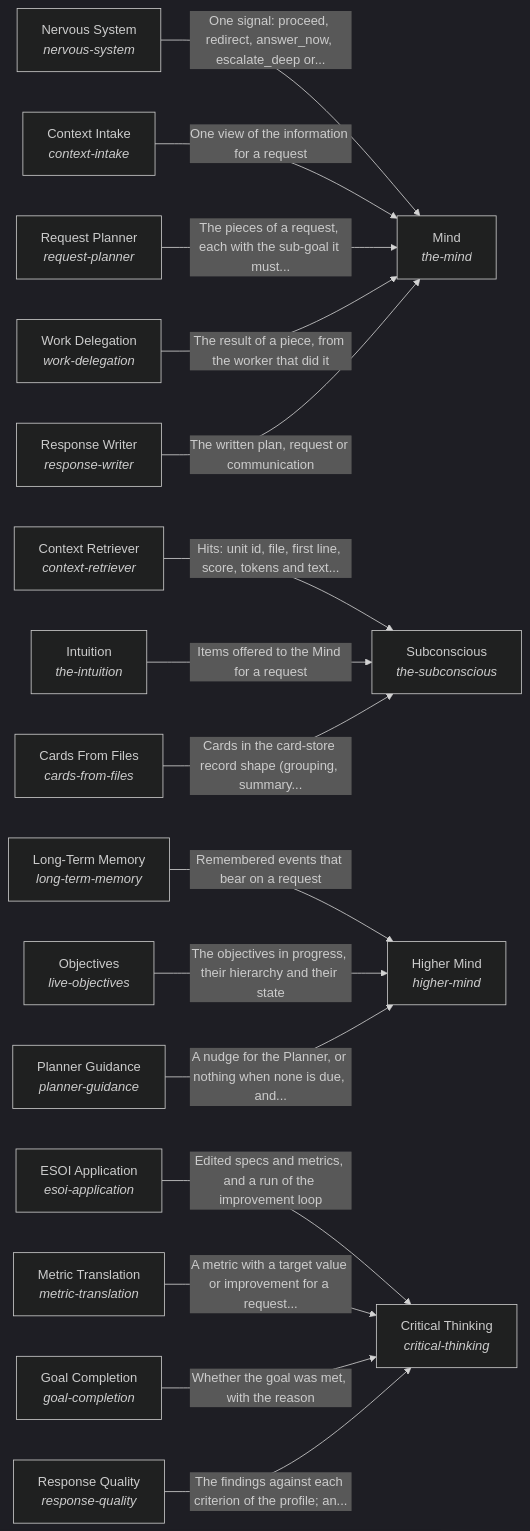
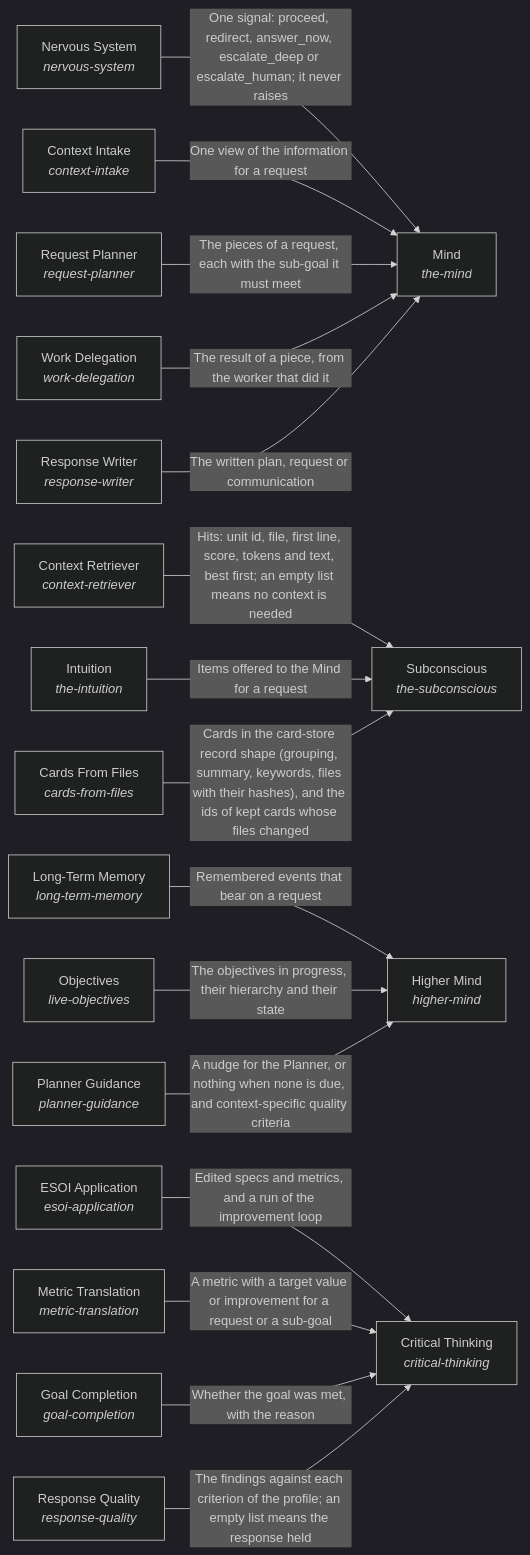
The diagram in hubofhubs/the_intelligence/README.md (SpiritualData/ai-hub-of-hubs-structure), drawn with Mermaid (dark theme) before and after one commit. The commit also changed 10 other files, not shown here.

Commit message:
Generated pages show whole sentences and whole diagram labels, never cut at a character count

````diff
--- a/hubofhubs/the_intelligence/README.md
+++ b/hubofhubs/the_intelligence/README.md
@@ -17,37 +17,37 @@
 ```mermaid
 flowchart LR
     s0["Nervous System<br/><i>nervous-system</i>"]
     s1["Critical Thinking<br/><i>critical-thinking</i>"]
     s2["Subconscious<br/><i>the-subconscious</i>"]
     s3["Context Retriever<br/><i>context-retriever</i>"]
     s4["Mind<br/><i>the-mind</i>"]
     s5["Higher Mind<br/><i>higher-mind</i>"]
     s6["Long-Term Memory<br/><i>long-term-memory</i>"]
     s7["Objectives<br/><i>live-objectives</i>"]
     s8["Intuition<br/><i>the-intuition</i>"]
     s9["Context Intake<br/><i>context-intake</i>"]
     s10["Request Planner<br/><i>request-planner</i>"]
     s11["Work Delegation<br/><i>work-delegation</i>"]
     s12["Response Writer<br/><i>response-writer</i>"]
     s13["Planner Guidance<br/><i>planner-guidance</i>"]
     s14["ESOI Application<br/><i>esoi-application</i>"]
     s15["Metric Translation<br/><i>metric-translation</i>"]
     s16["Goal Completion<br/><i>goal-completion</i>"]
     s17["Response Quality<br/><i>response-quality</i>"]
     s18["Cards From Files<br/><i>cards-from-files</i>"]
-    s0 -->|"One signal: proceed, redirect, answer_now, escalate_deep or..."| s4
-    s3 -->|"Hits: unit id, file, first line, score, tokens and text..."| s2
+    s0 -->|"One signal: proceed, redirect, answer_now, escalate_deep or escalate_human; it never raises"| s4
+    s3 -->|"Hits: unit id, file, first line, score, tokens and text, best first; an empty list means no context is needed"| s2
     s6 -->|"Remembered events that bear on a request"| s5
     s7 -->|"The objectives in progress, their hierarchy and their state"| s5
     s8 -->|"Items offered to the Mind for a request"| s2
     s9 -->|"One view of the information for a request"| s4
-    s10 -->|"The pieces of a request, each with the sub-goal it must..."| s4
+    s10 -->|"The pieces of a request, each with the sub-goal it must meet"| s4
     s11 -->|"The result of a piece, from the worker that did it"| s4
     s12 -->|"The written plan, request or communication"| s4
-    s13 -->|"A nudge for the Planner, or nothing when none is due, and..."| s5
+    s13 -->|"A nudge for the Planner, or nothing when none is due, and context-specific quality criteria"| s5
     s14 -->|"Edited specs and metrics, and a run of the improvement loop"| s1
-    s15 -->|"A metric with a target value or improvement for a request..."| s1
+    s15 -->|"A metric with a target value or improvement for a request or a sub-goal"| s1
     s16 -->|"Whether the goal was met, with the reason"| s1
-    s17 -->|"The findings against each criterion of the profile; an..."| s1
-    s18 -->|"Cards in the card-store record shape (grouping, summary..."| s2
+    s17 -->|"The findings against each criterion of the profile; an empty list means the response held"| s1
+    s18 -->|"Cards in the card-store record shape (grouping, summary, keywords, files with their hashes), and the ids of kept cards whose files changed"| s2
 ```
````
